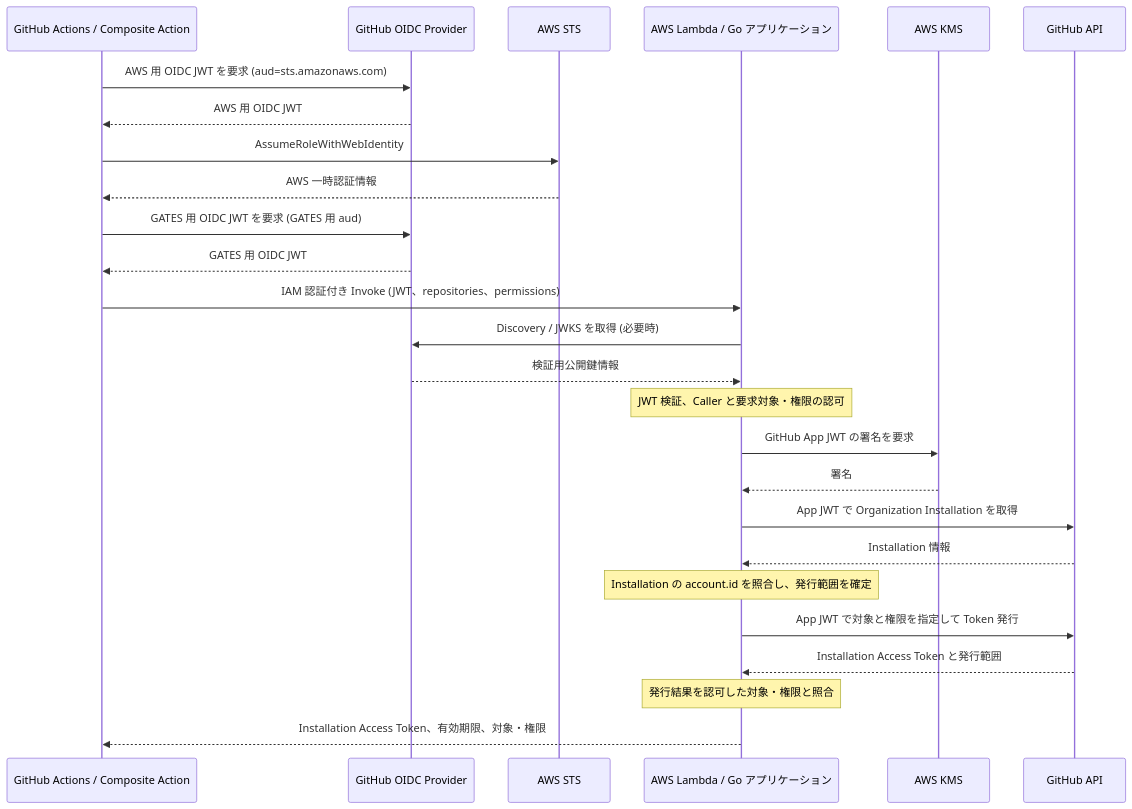
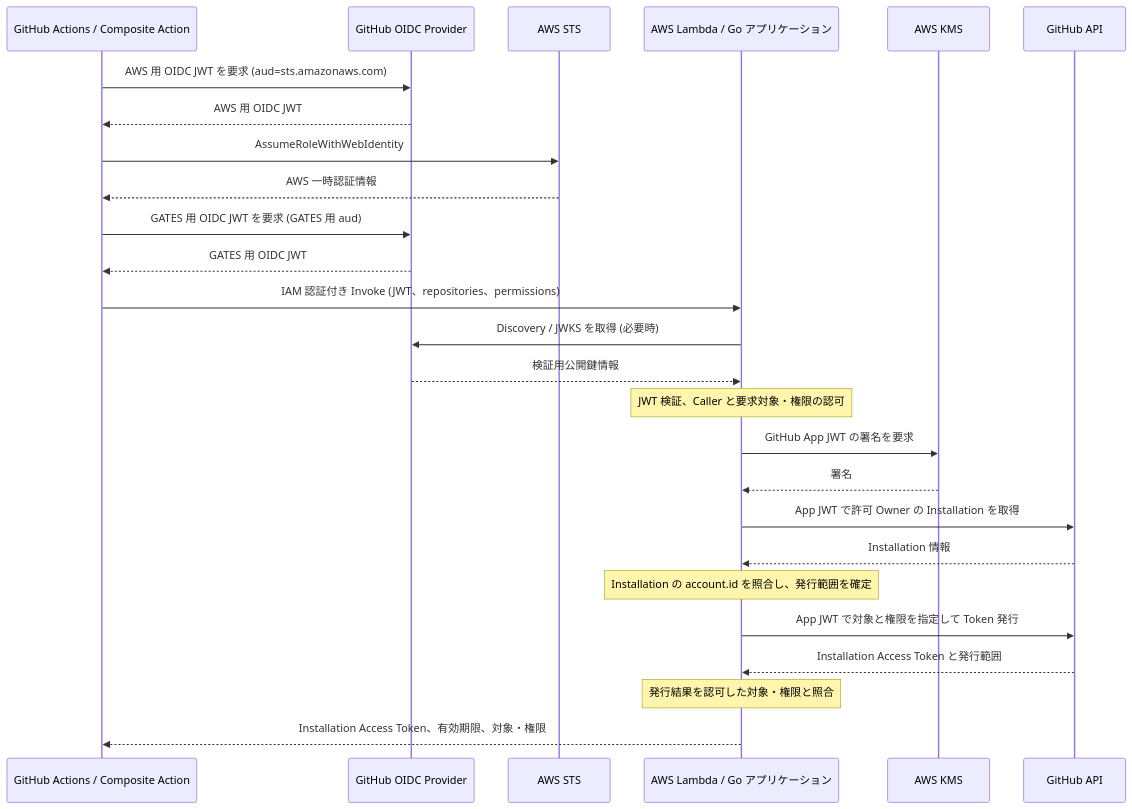
One commit to tmknom/gates changed the second of 2 diagrams in docs/design/architecture.md. Above: the diagram before and after it, drawn with Mermaid. The commit also changed other lines of this file and 5 other files, not shown here.

````diff
--- a/docs/design/architecture.md
+++ b/docs/design/architecture.md
@@ -68,28 +68,28 @@
 ```mermaid
 sequenceDiagram
   participant A as GitHub Actions / Composite Action
   participant O as GitHub OIDC Provider
   participant S as AWS STS
   participant L as AWS Lambda / Go アプリケーション
   participant K as AWS KMS
   participant G as GitHub API
   A->>O: AWS 用 OIDC JWT を要求 (aud=sts.amazonaws.com)
   O-->>A: AWS 用 OIDC JWT
   A->>S: AssumeRoleWithWebIdentity
   S-->>A: AWS 一時認証情報
   A->>O: GATES 用 OIDC JWT を要求 (GATES 用 aud)
   O-->>A: GATES 用 OIDC JWT
   A->>L: IAM 認証付き Invoke (JWT、repositories、permissions)
   L->>O: Discovery / JWKS を取得 (必要時)
   O-->>L: 検証用公開鍵情報
   Note over L: JWT 検証、Caller と要求対象・権限の認可
   L->>K: GitHub App JWT の署名を要求
   K-->>L: 署名
-  L->>G: App JWT で Organization Installation を取得
+  L->>G: App JWT で許可 Owner の Installation を取得
   G-->>L: Installation 情報
   Note over L: Installation の account.id を照合し、発行範囲を確定
   L->>G: App JWT で対象と権限を指定して Token 発行
   G-->>L: Installation Access Token と発行範囲
   Note over L: 発行結果を認可した対象・権限と照合
   L-->>A: Installation Access Token、有効期限、対象・権限
 ```
````
